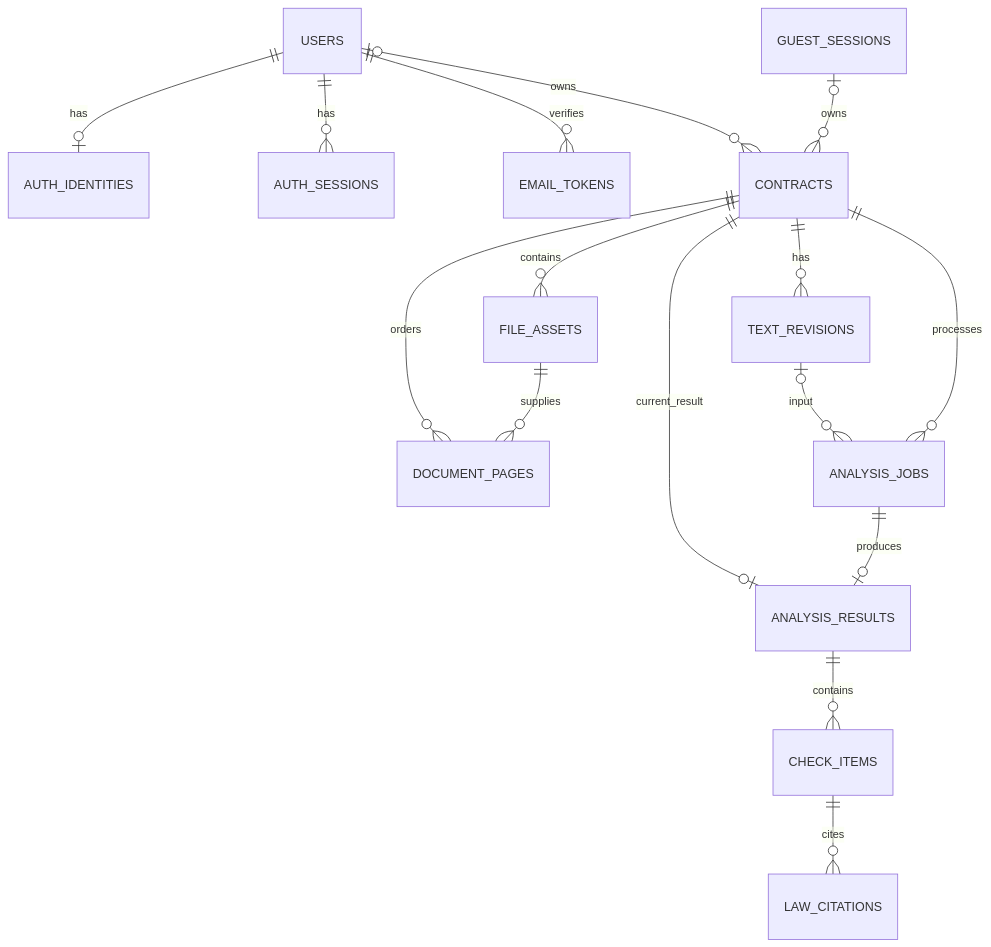
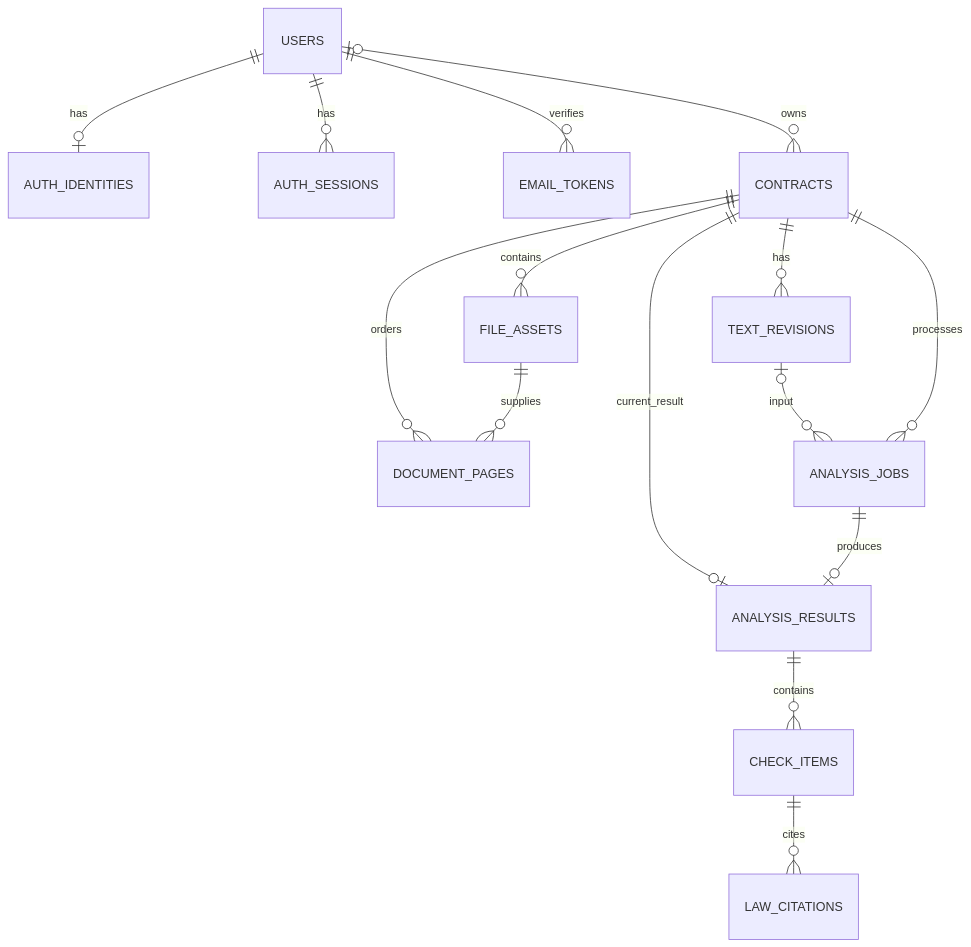
One commit to CHECKIT-AI/CHECKIT_BE changed the diagram in docs/database-design.md. Above: the diagram before and after it, drawn with Mermaid. The commit also changed other lines of this file and 34 other files, not shown here.

````diff
--- a/docs/database-design.md
+++ b/docs/database-design.md
@@ -23,18 +23,17 @@
 ```mermaid
 erDiagram
     USERS ||--o| AUTH_IDENTITIES : has
     USERS ||--o{ AUTH_SESSIONS : has
     USERS ||--o{ EMAIL_TOKENS : verifies
     USERS o|--o{ CONTRACTS : owns
-    GUEST_SESSIONS o|--o{ CONTRACTS : owns
     CONTRACTS ||--o{ FILE_ASSETS : contains
     CONTRACTS ||--o{ DOCUMENT_PAGES : orders
     FILE_ASSETS ||--o{ DOCUMENT_PAGES : supplies
     CONTRACTS ||--o{ TEXT_REVISIONS : has
     TEXT_REVISIONS o|--o{ ANALYSIS_JOBS : input
     CONTRACTS ||--o{ ANALYSIS_JOBS : processes
     CONTRACTS ||--o| ANALYSIS_RESULTS : current_result
     ANALYSIS_JOBS ||--o| ANALYSIS_RESULTS : produces
     ANALYSIS_RESULTS ||--o{ CHECK_ITEMS : contains
     CHECK_ITEMS ||--o{ LAW_CITATIONS : cites
 ```
````
